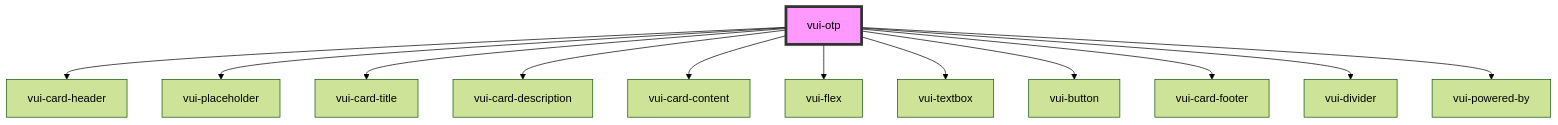
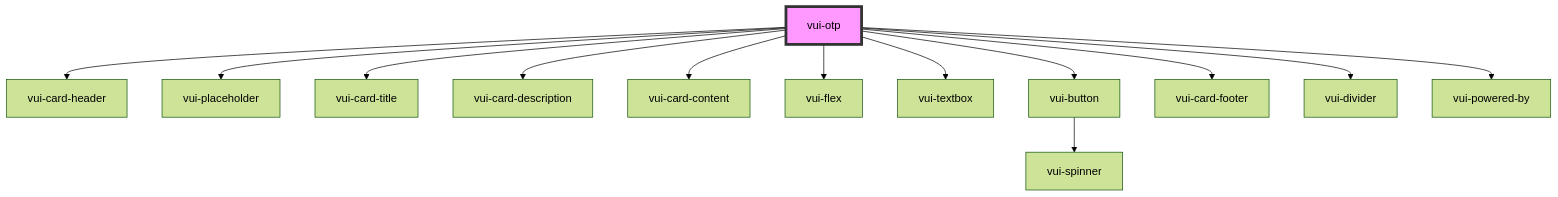
One commit to verite-team/verite-elements changed the diagram in packages/stencil-library/src/components/otp/readme.md. Above: the diagram before and after it, drawn with Mermaid (forest theme). The commit also changed 28 other files, not shown here.

````diff
--- a/packages/stencil-library/src/components/otp/readme.md
+++ b/packages/stencil-library/src/components/otp/readme.md
@@ -47,15 +47,16 @@
 ```mermaid
 graph TD;
   vui-otp --> vui-card-header
   vui-otp --> vui-placeholder
   vui-otp --> vui-card-title
   vui-otp --> vui-card-description
   vui-otp --> vui-card-content
   vui-otp --> vui-flex
   vui-otp --> vui-textbox
   vui-otp --> vui-button
   vui-otp --> vui-card-footer
   vui-otp --> vui-divider
   vui-otp --> vui-powered-by
+  vui-button --> vui-spinner
   style vui-otp fill:#f9f,stroke:#333,stroke-width:4px
 ```
````
